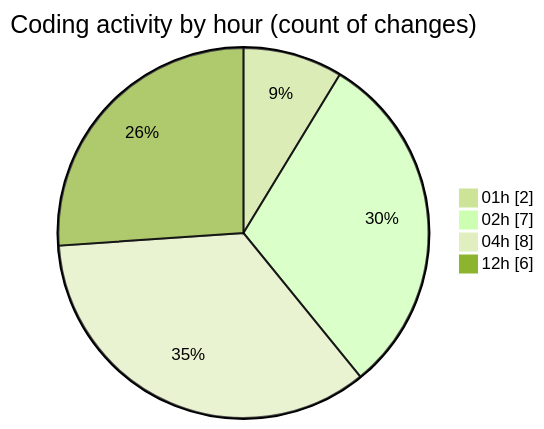
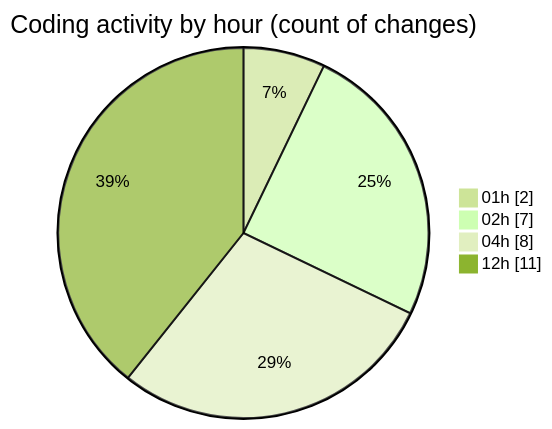
One commit to lephambinh05/code-tracking changed the second of 2 diagrams in 2025-08-11/rentotp/README.md. Above: the diagram before and after it, drawn with Mermaid (forest theme). The commit also changed other lines of this file and 1 other file, not shown here.

````diff
--- a/2025-08-11/rentotp/README.md
+++ b/2025-08-11/rentotp/README.md
@@ -36,8 +39,8 @@
 ```mermaid
 pie showData
 title Coding activity by hour (count of changes)
 "01h" : 2
 "02h" : 7
 "04h" : 8
-"12h" : 6
+"12h" : 11
 ```
````
